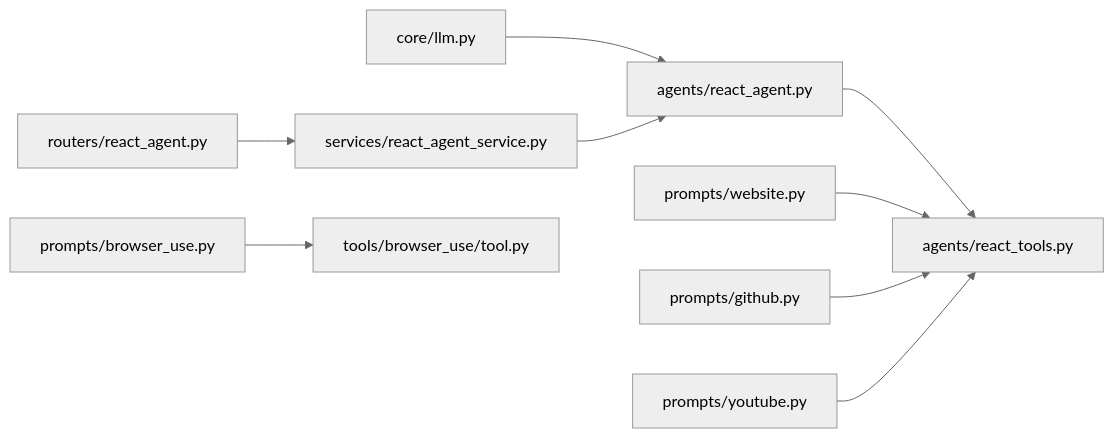
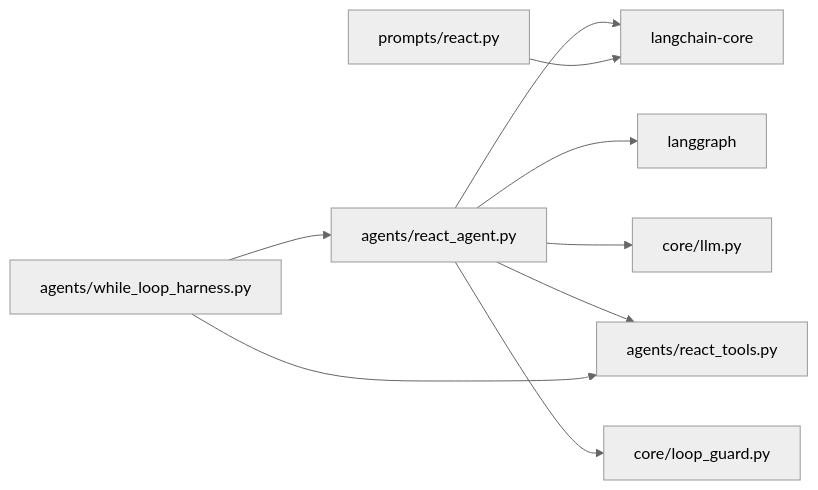
One commit to tashifkhan/tashif.codes changed the sixth of 6 diagrams in src/data/docs/agentic-browser/Prompts and Prompt Engineering/React Agent Prompts.md. Above: the diagram before and after it, drawn with Mermaid (neutral theme). The commit also changed other lines of this file and 114 other files, not shown here.

````diff
--- a/src/data/docs/agentic-browser/Prompts and Prompt Engineering/React Agent Prompts.md
+++ b/src/data/docs/agentic-browser/Prompts and Prompt Engineering/React Agent Prompts.md
@@ -172,11 +152,11 @@
 ```mermaid
 graph LR
-LL["core/llm.py"] --> RA["agents/react_agent.py"]
-RA --> RT["agents/react_tools.py"]
-RS["services/react_agent_service.py"] --> RA
-RR["routers/react_agent.py"] --> RS
-PW["prompts/website.py"] --> RT
-PG["prompts/github.py"] --> RT
-PY["prompts/youtube.py"] --> RT
-PB["prompts/browser_use.py"] --> TB["tools/browser_use/tool.py"]
+  RA["agents/react_agent.py"] --> LC["langchain-core"]
+  RA --> LG["langgraph"]
+  RA --> LLM["core/llm.py"]
+  RA --> RT["agents/react_tools.py"]
+  RA --> GUARD["core/loop_guard.py"]
+  PR["prompts/react.py"] --> LC
+  WH["agents/while_loop_harness.py"] --> RA
+  WH --> RT
 ```
````
